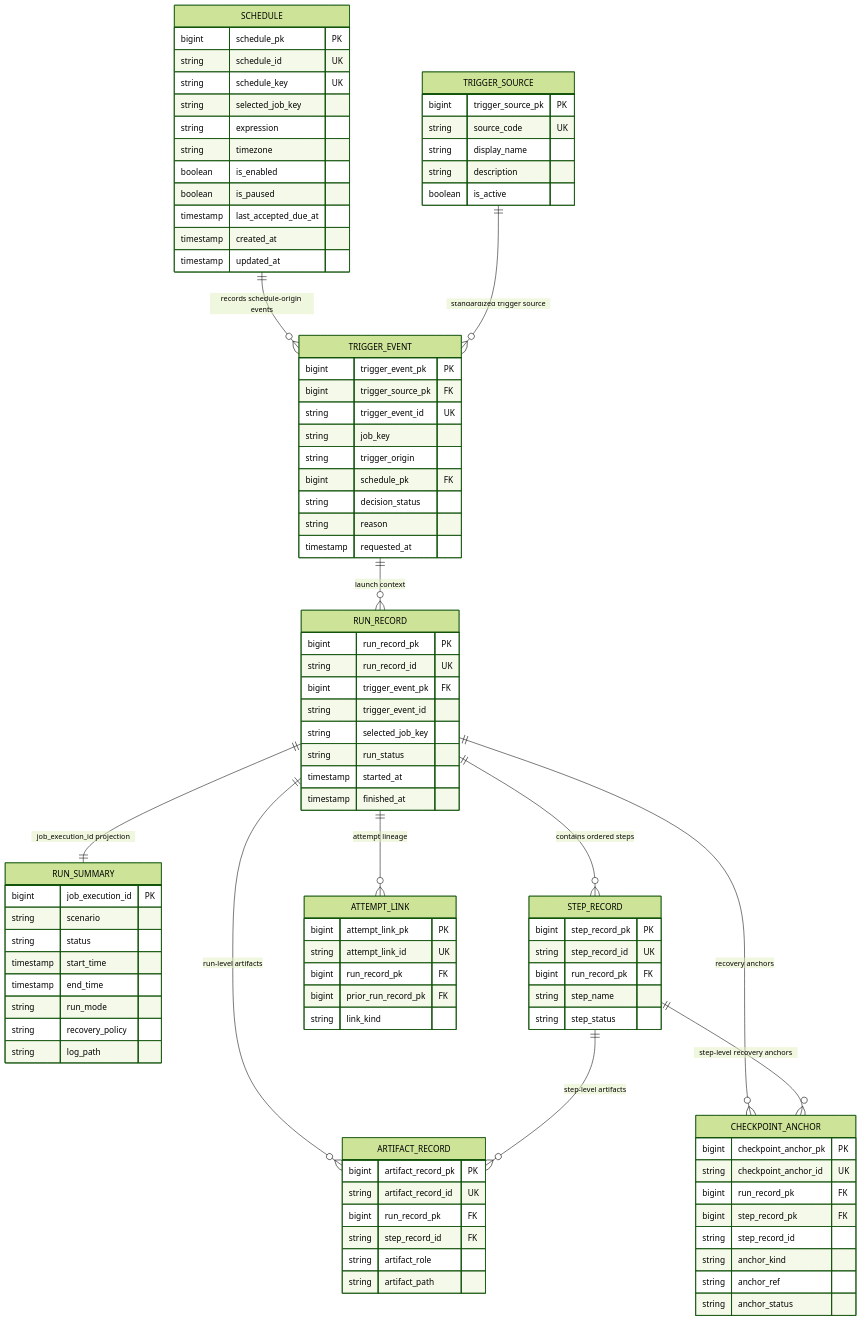
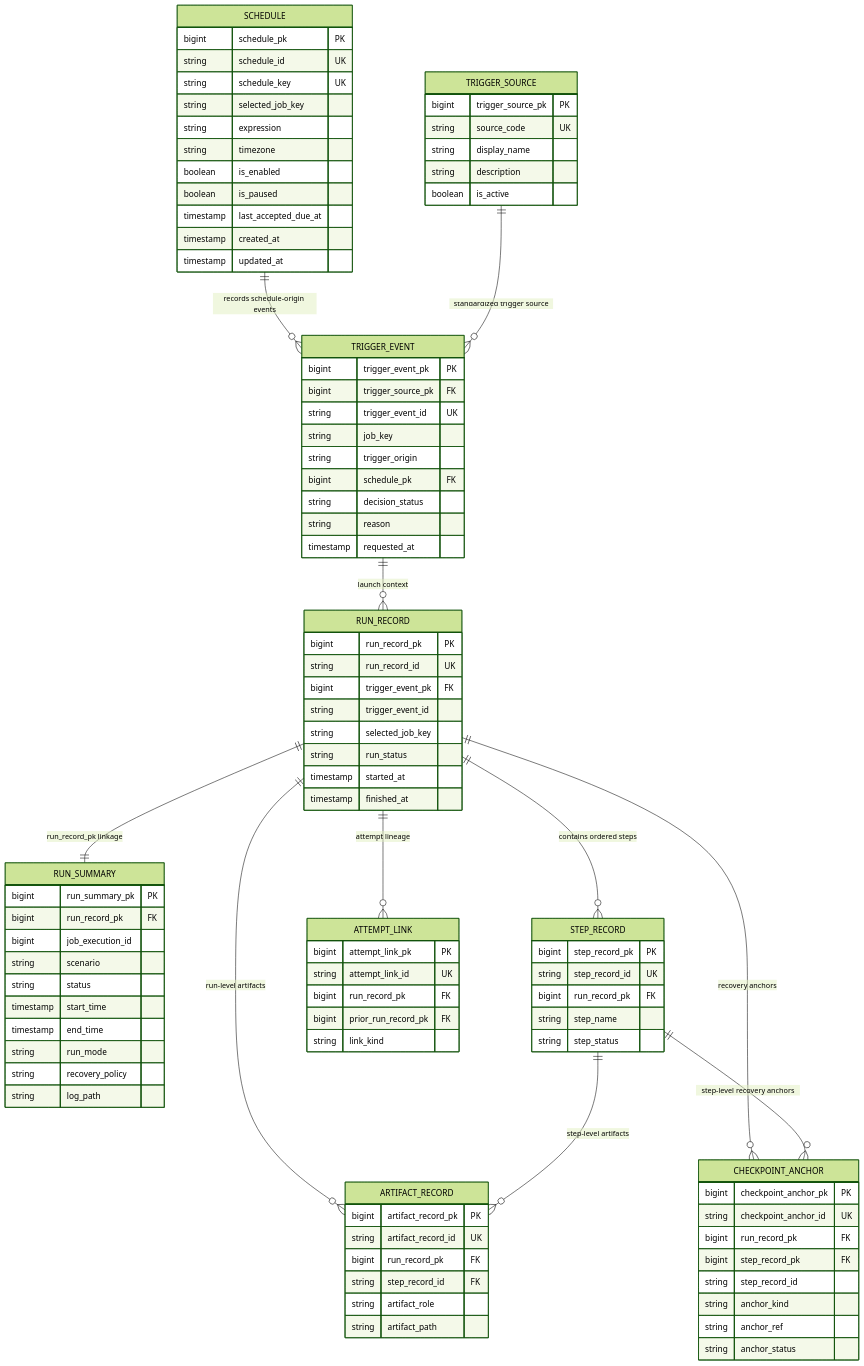
Before and after one commit to kbalanandam/spring-etl-engine: the second of 2 diagrams in docs/architecture/control-plane/control-plane-local-relational-schema.md, drawn with Mermaid (forest theme). The commit also changed other lines of this file and 4 other files, not shown here.

```diff
--- a/docs/architecture/control-plane/control-plane-local-relational-schema.md
+++ b/docs/architecture/control-plane/control-plane-local-relational-schema.md
@@ -162,7 +180,9 @@
     }
 
     RUN_SUMMARY {
-        bigint job_execution_id PK
+        bigint run_summary_pk PK
+        bigint run_record_pk FK
+        bigint job_execution_id
         string scenario
         string status
         timestamp start_time
@@ -211,7 +231,7 @@
     SCHEDULE ||--o{ TRIGGER_EVENT : "records schedule-origin events"
     TRIGGER_SOURCE ||--o{ TRIGGER_EVENT : "standardized trigger source"
     TRIGGER_EVENT ||--o{ RUN_RECORD : "launch context"
-    RUN_RECORD ||--|| RUN_SUMMARY : "job_execution_id projection"
+    RUN_RECORD ||--|| RUN_SUMMARY : "run_record_pk linkage"
     RUN_RECORD ||--o{ STEP_RECORD : "contains ordered steps"
     RUN_RECORD ||--o{ ARTIFACT_RECORD : "run-level artifacts"
     STEP_RECORD ||--o{ ARTIFACT_RECORD : "step-level artifacts"
```
